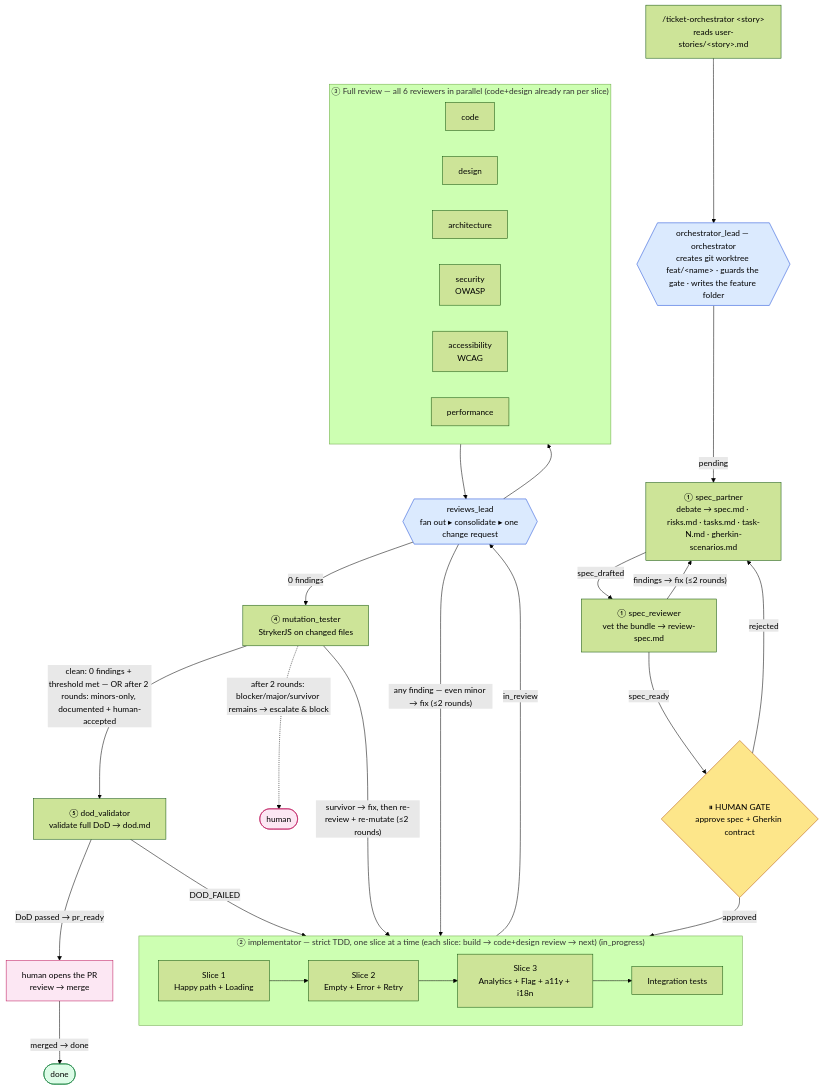
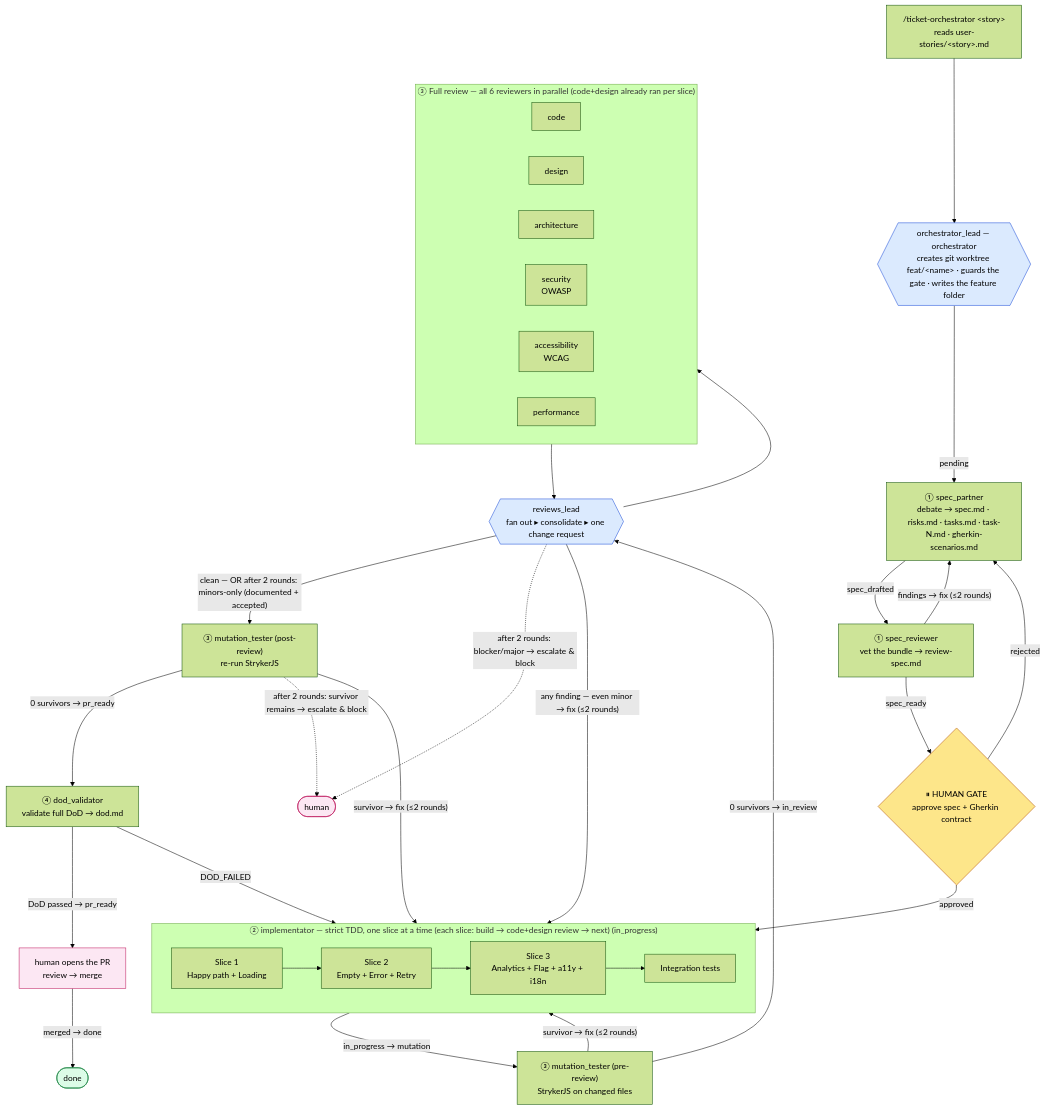
One commit to LIDR-academy/AI4Devs-finalproject changed the diagram in ORCHESTRATOR_PLAN.md. Above: the diagram before and after it, drawn with Mermaid (forest theme). The commit also changed other lines of this file and 7 other files, not shown here.

````diff
--- a/ORCHESTRATOR_PLAN.md
+++ b/ORCHESTRATOR_PLAN.md
@@ -158,48 +158,52 @@
 ```mermaid
 flowchart TD
     CLI["/ticket-orchestrator &lt;story&gt;<br/>reads user-stories/&lt;story&gt;.md"] --> LEAD{{"orchestrator_lead — orchestrator<br/>creates git worktree feat/&lt;name&gt; · guards the gate · writes the feature folder"}}
 
     LEAD -->|pending| P1["① spec_partner<br/>debate → spec.md · risks.md · tasks.md · task-N.md · gherkin-scenarios.md"]
     P1 -->|spec_drafted| SR["① spec_reviewer<br/>vet the bundle → review-spec.md"]
     SR -->|"findings → fix (≤2 rounds)"| P1
     SR -->|spec_ready| GATE{"⏸ HUMAN GATE<br/>approve spec + Gherkin contract"}
     GATE -->|rejected| P1
 
     GATE -->|"approved"| P3G
     subgraph P3G["② implementator — strict TDD, one slice at a time (each slice: build → code+design review → next) (in_progress)"]
         direction LR
         S1["Slice 1<br/>Happy path + Loading"] --> S2["Slice 2<br/>Empty + Error + Retry"] --> S3["Slice 3<br/>Analytics + Flag + a11y + i18n"] --> INT["Integration tests"]
     end
 
-    P3G -->|in_review| RL
+    P3G -->|"in_progress → mutation"| MUTPRE["③ mutation_tester (pre-review)<br/>StrykerJS on changed files"]
+    MUTPRE -->|"survivor → fix (≤2 rounds)"| P3G
+    MUTPRE -->|"0 survivors → in_review"| RL
+
     subgraph RV["③ Full review — all 6 reviewers in parallel (code+design already ran per slice)"]
         direction LR
         R1["code"]
         R2["design"]
         R3["architecture"]
         R4["security<br/>OWASP"]
         R5["accessibility<br/>WCAG"]
         R6["performance"]
     end
     RL{{"reviews_lead<br/>fan out ▸ consolidate ▸ one change request"}}
     RL --> RV
     RV --> RL
 
     RL -->|"any finding — even minor → fix (≤2 rounds)"| P3G
-    RL -->|"0 findings"| MUT["④ mutation_tester<br/>StrykerJS on changed files"]
-    MUT -->|"survivor → fix, then re-review + re-mutate (≤2 rounds)"| P3G
-    MUT -->|"clean: 0 findings + threshold met — OR after 2 rounds: minors-only, documented + human-accepted"| DV["⑤ dod_validator<br/>validate full DoD → dod.md"]
-    MUT -.->|"after 2 rounds: blocker/major/survivor remains → escalate & block"| ESC(["human"])
+    RL -->|"clean — OR after 2 rounds: minors-only (documented + accepted)"| MUTPOST["③ mutation_tester (post-review)<br/>re-run StrykerJS"]
+    RL -.->|"after 2 rounds: blocker/major → escalate & block"| ESC(["human"])
+    MUTPOST -->|"survivor → fix (≤2 rounds)"| P3G
+    MUTPOST -->|"0 survivors → pr_ready"| DV["④ dod_validator<br/>validate full DoD → dod.md"]
+    MUTPOST -.->|"after 2 rounds: survivor remains → escalate & block"| ESC
     DV -->|DOD_FAILED| P3G
     DV -->|"DoD passed → pr_ready"| HPR["human opens the PR<br/>review → merge"]
     HPR -->|merged → done| DONE(["done"])
 
     classDef gate fill:#fde68a,stroke:#b45309,color:#000;
     classDef lead fill:#dbeafe,stroke:#1d4ed8,color:#000;
     classDef terminal fill:#dcfce7,stroke:#15803d,color:#000;
     classDef human fill:#fce7f3,stroke:#be185d,color:#000;
     class GATE gate;
     class LEAD,RL lead;
     class HPR,ESC human;
     class DONE terminal;
 ```
````
